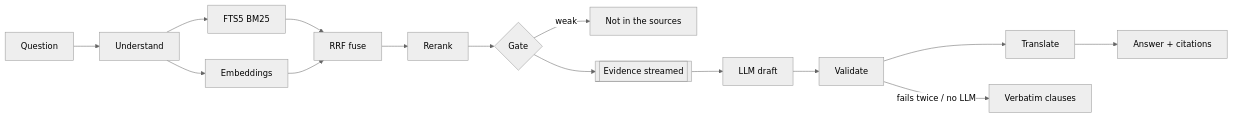
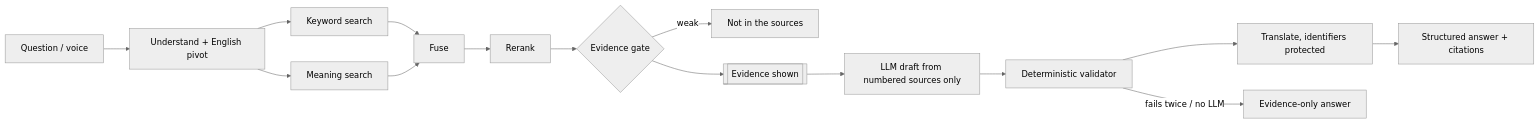
The diagram in README.md (h4ck3rx99-stack/bisense), drawn with Mermaid (neutral theme) before and after one commit. The commit also changed other lines of this file and 4 other files, not shown here.

````diff
--- a/README.md
+++ b/README.md
@@ -41,7 +64,7 @@
 ```mermaid
 flowchart LR
-  Q[Question] --> U[Understand] --> L[FTS5 BM25] & V[Embeddings] --> F[RRF fuse] --> R[Rerank] --> G{Gate}
+  Q[Question / voice] --> U[Understand + English pivot] --> L[Keyword search] & V[Meaning search] --> F[Fuse] --> R[Rerank] --> G{Evidence gate}
   G -->|weak| IE[Not in the sources]
-  G --> E[[Evidence streamed]] --> GEN[LLM draft] --> VAL[Validate] --> T[Translate] --> UI[Answer + citations]
-  VAL -->|fails twice / no LLM| X[Verbatim clauses]
+  G --> E[[Evidence shown]] --> GEN[LLM draft from numbered sources only] --> VAL[Deterministic validator] --> T[Translate, identifiers protected] --> UI[Structured answer + citations]
+  VAL -->|fails twice / no LLM| X[Evidence-only answer]
 ```
````
